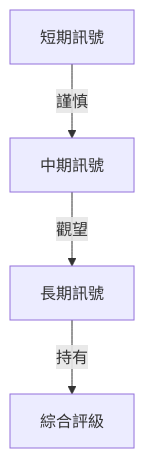
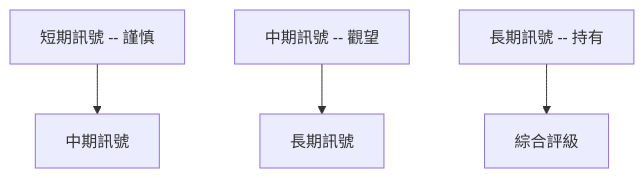
One commit to yennanliu/finance_data changed the ninth of 11 diagrams in ai_gen_report/stock/amd/technical_analysis_2026-03-31_openai.md. Above: the diagram before and after it, drawn with Mermaid. The commit also changed other lines of this file and 2258 other files, not shown here.

First line of the commit message:
chore: backfill Mermaid syntax repair across existing reports

````diff
--- a/ai_gen_report/stock/amd/technical_analysis_2026-03-31_openai.md
+++ b/ai_gen_report/stock/amd/technical_analysis_2026-03-31_openai.md
@@ -296,6 +296,6 @@
 ```mermaid
 graph TD
-    短期訊號 -- 謹慎 --> 中期訊號
-    中期訊號 -- 觀望 --> 長期訊號
-    長期訊號 -- 持有 --> 綜合評級
+    nb1["短期訊號 -- 謹慎"] --> 中期訊號
+    nb2["中期訊號 -- 觀望"] --> 長期訊號
+    nb3["長期訊號 -- 持有"] --> 綜合評級
 ```
````
